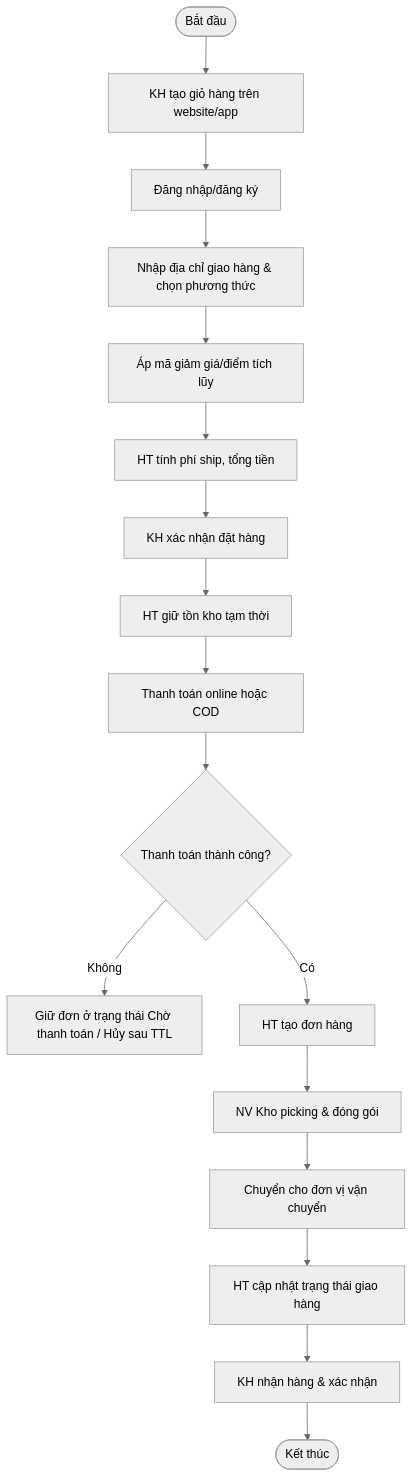
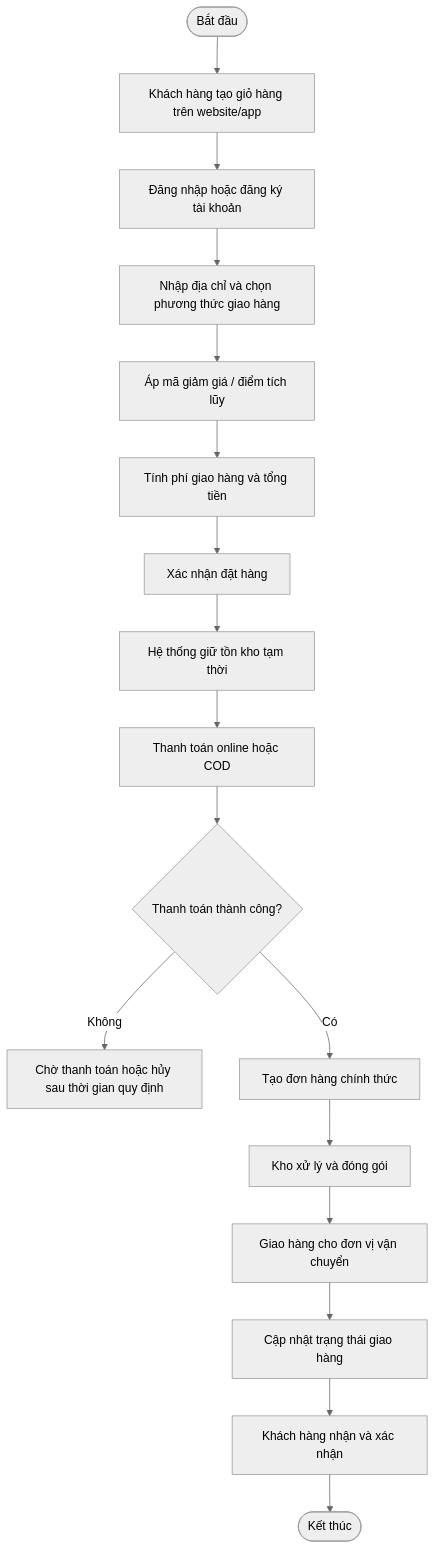
Before and after one commit to PhamThao05/Java_Example: the third of 12 diagrams in activity-diagrams-fashionland.md, drawn with Mermaid (neutral theme). The commit also changed other lines of this file, not shown here.

````diff
--- a/activity-diagrams-fashionland.md
+++ b/activity-diagrams-fashionland.md
@@ -60,19 +54,19 @@
 ```mermaid
 flowchart TD
-    A([Bắt đầu]) --> B[KH tạo giỏ hàng trên website/app]
-    B --> C[Đăng nhập/đăng ký]
-    C --> D[Nhập địa chỉ giao hàng & chọn phương thức]
-    D --> E[Áp mã giảm giá/điểm tích lũy]
-    E --> F[HT tính phí ship, tổng tiền]
-    F --> G[KH xác nhận đặt hàng]
-    G --> H[HT giữ tồn kho tạm thời]
+    A([Bắt đầu]) --> B[Khách hàng tạo giỏ hàng trên website/app]
+    B --> C[Đăng nhập hoặc đăng ký tài khoản]
+    C --> D[Nhập địa chỉ và chọn phương thức giao hàng]
+    D --> E[Áp mã giảm giá / điểm tích lũy]
+    E --> F[Tính phí giao hàng và tổng tiền]
+    F --> G[Xác nhận đặt hàng]
+    G --> H[Hệ thống giữ tồn kho tạm thời]
     H --> I[Thanh toán online hoặc COD]
     I --> J{Thanh toán thành công?}
-    J -- Không --> J1[Giữ đơn ở trạng thái Chờ thanh toán / Hủy sau TTL]
-    J -- Có --> K[HT tạo đơn hàng]
-    K --> L[NV Kho picking & đóng gói]
-    L --> M[Chuyển cho đơn vị vận chuyển]
-    M --> N[HT cập nhật trạng thái giao hàng]
-    N --> O[KH nhận hàng & xác nhận]
+    J -- Không --> J1[Chờ thanh toán hoặc hủy sau thời gian quy định]
+    J -- Có --> K[Tạo đơn hàng chính thức]
+    K --> L[Kho xử lý và đóng gói]
+    L --> M[Giao hàng cho đơn vị vận chuyển]
+    M --> N[Cập nhật trạng thái giao hàng]
+    N --> O[Khách hàng nhận và xác nhận]
     O --> P([Kết thúc])
 ```
````
